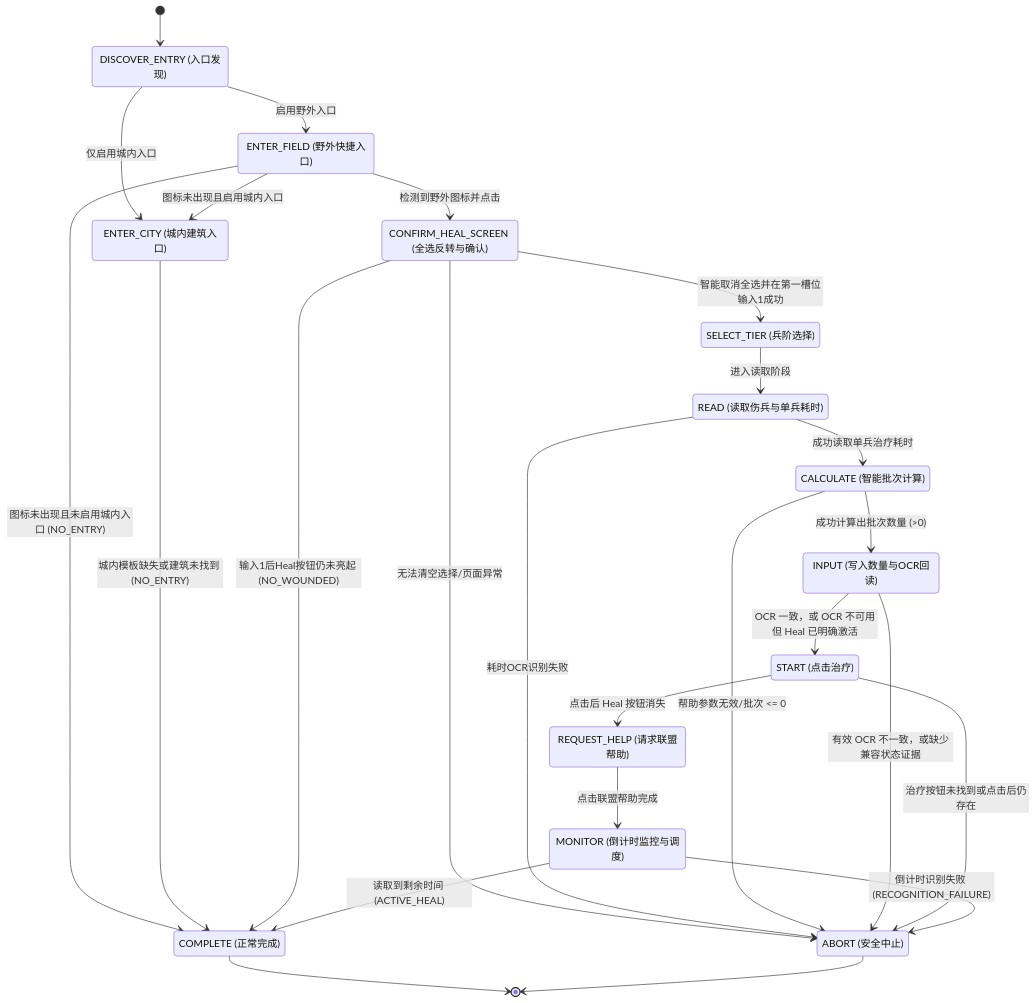
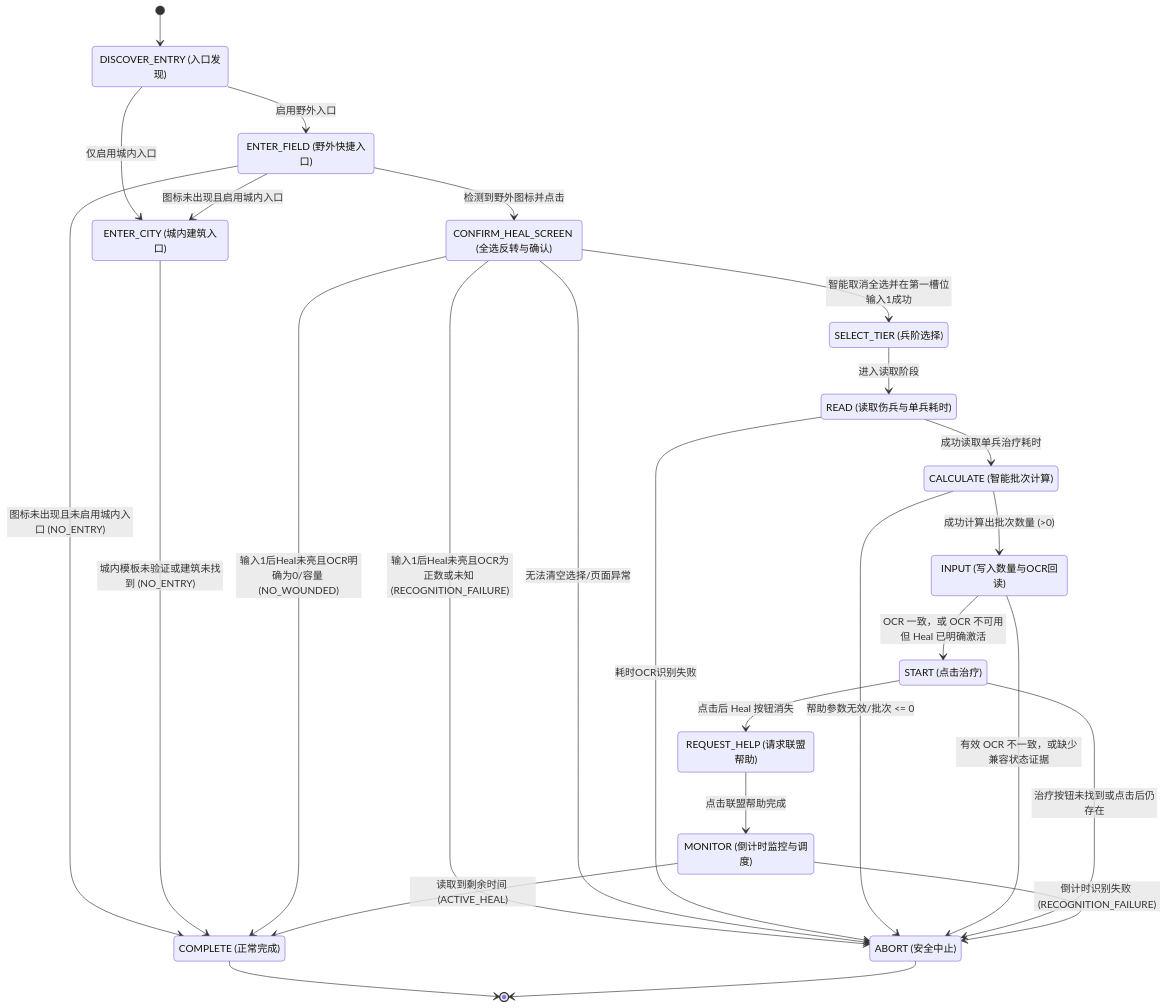
One commit to Privatexiao/wosbot changed the second of 2 diagrams in docs/task/bear-rally-hospital-recovery-plan.md. Above: the diagram before and after it, drawn with Mermaid. The commit also changed other lines of this file and 1 other file, not shown here.

````diff
--- a/docs/task/bear-rally-hospital-recovery-plan.md
+++ b/docs/task/bear-rally-hospital-recovery-plan.md
@@ -86,53 +90,54 @@
 ```mermaid
 stateDiagram-v2
     [*] --> DISCOVER_ENTRY
     
     state "DISCOVER_ENTRY (入口发现)" as DISCOVER_ENTRY
     state "ENTER_FIELD (野外快捷入口)" as ENTER_FIELD
     state "ENTER_CITY (城内建筑入口)" as ENTER_CITY
     state "CONFIRM_HEAL_SCREEN (全选反转与确认)" as CONFIRM_HEAL_SCREEN
     state "SELECT_TIER (兵阶选择)" as SELECT_TIER
     state "READ (读取伤兵与单兵耗时)" as READ
     state "CALCULATE (智能批次计算)" as CALCULATE
     state "INPUT (写入数量与OCR回读)" as INPUT
     state "START (点击治疗)" as START
     state "REQUEST_HELP (请求联盟帮助)" as REQUEST_HELP
     state "MONITOR (倒计时监控与调度)" as MONITOR
     state "COMPLETE (正常完成)" as COMPLETE
     state "ABORT (安全中止)" as ABORT
 
     DISCOVER_ENTRY --> ENTER_FIELD: 启用野外入口
     DISCOVER_ENTRY --> ENTER_CITY: 仅启用城内入口
     
     ENTER_FIELD --> CONFIRM_HEAL_SCREEN: 检测到野外图标并点击
     ENTER_FIELD --> ENTER_CITY: 图标未出现且启用城内入口
     ENTER_FIELD --> COMPLETE: 图标未出现且未启用城内入口 (NO_ENTRY)
     
-    ENTER_CITY --> COMPLETE: 城内模板缺失或建筑未找到 (NO_ENTRY)
+    ENTER_CITY --> COMPLETE: 城内模板未验证或建筑未找到 (NO_ENTRY)
     
     CONFIRM_HEAL_SCREEN --> SELECT_TIER: 智能取消全选并在第一槽位输入1成功
-    CONFIRM_HEAL_SCREEN --> COMPLETE: 输入1后Heal按钮仍未亮起 (NO_WOUNDED)
+    CONFIRM_HEAL_SCREEN --> COMPLETE: 输入1后Heal未亮且OCR明确为0/容量 (NO_WOUNDED)
+    CONFIRM_HEAL_SCREEN --> ABORT: 输入1后Heal未亮且OCR为正数或未知 (RECOGNITION_FAILURE)
     CONFIRM_HEAL_SCREEN --> ABORT: 无法清空选择/页面异常
     
     SELECT_TIER --> READ: 进入读取阶段
     
     READ --> CALCULATE: 成功读取单兵治疗耗时
     READ --> ABORT: 耗时OCR识别失败
     
     CALCULATE --> INPUT: 成功计算出批次数量 (>0)
     CALCULATE --> ABORT: 帮助参数无效/批次 <= 0
     
     INPUT --> START: OCR 一致，或 OCR 不可用但 Heal 已明确激活
     INPUT --> ABORT: 有效 OCR 不一致，或缺少兼容状态证据
     
     START --> REQUEST_HELP: 点击后 Heal 按钮消失
     START --> ABORT: 治疗按钮未找到或点击后仍存在
     
     REQUEST_HELP --> MONITOR: 点击联盟帮助完成
     
     MONITOR --> COMPLETE: 读取到剩余时间 (ACTIVE_HEAL)
     MONITOR --> ABORT: 倒计时识别失败 (RECOGNITION_FAILURE)
     
     COMPLETE --> [*]
     ABORT --> [*]
 ```
````
